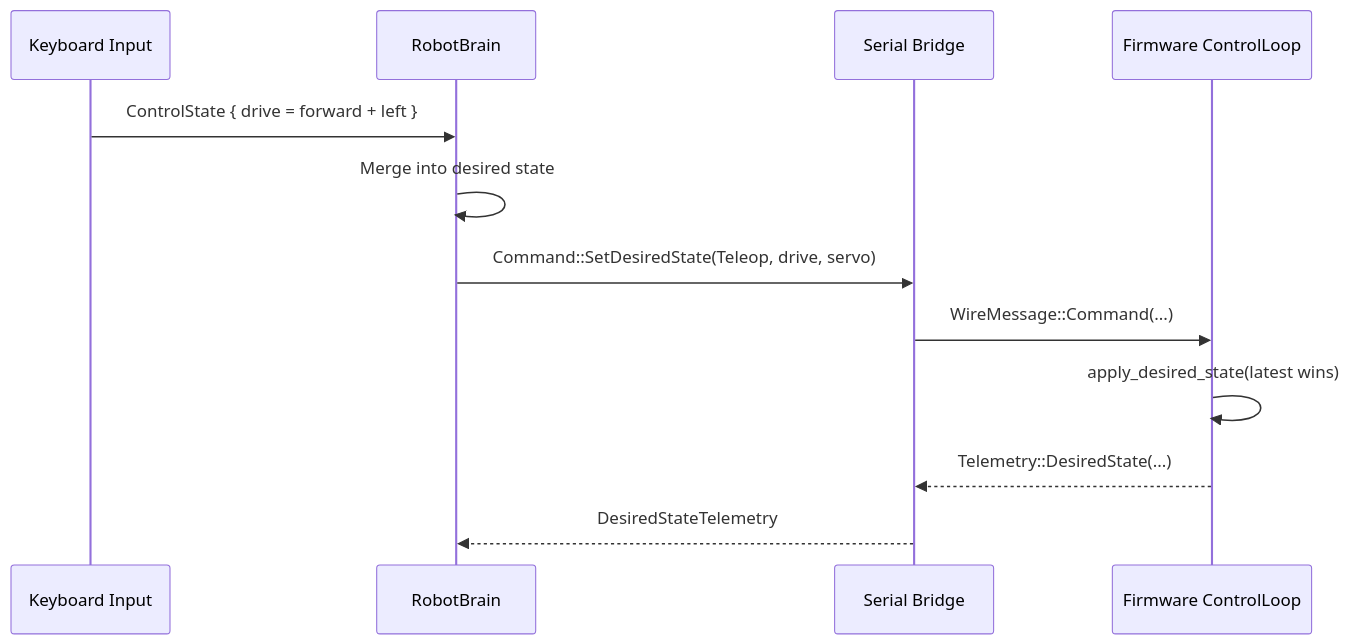
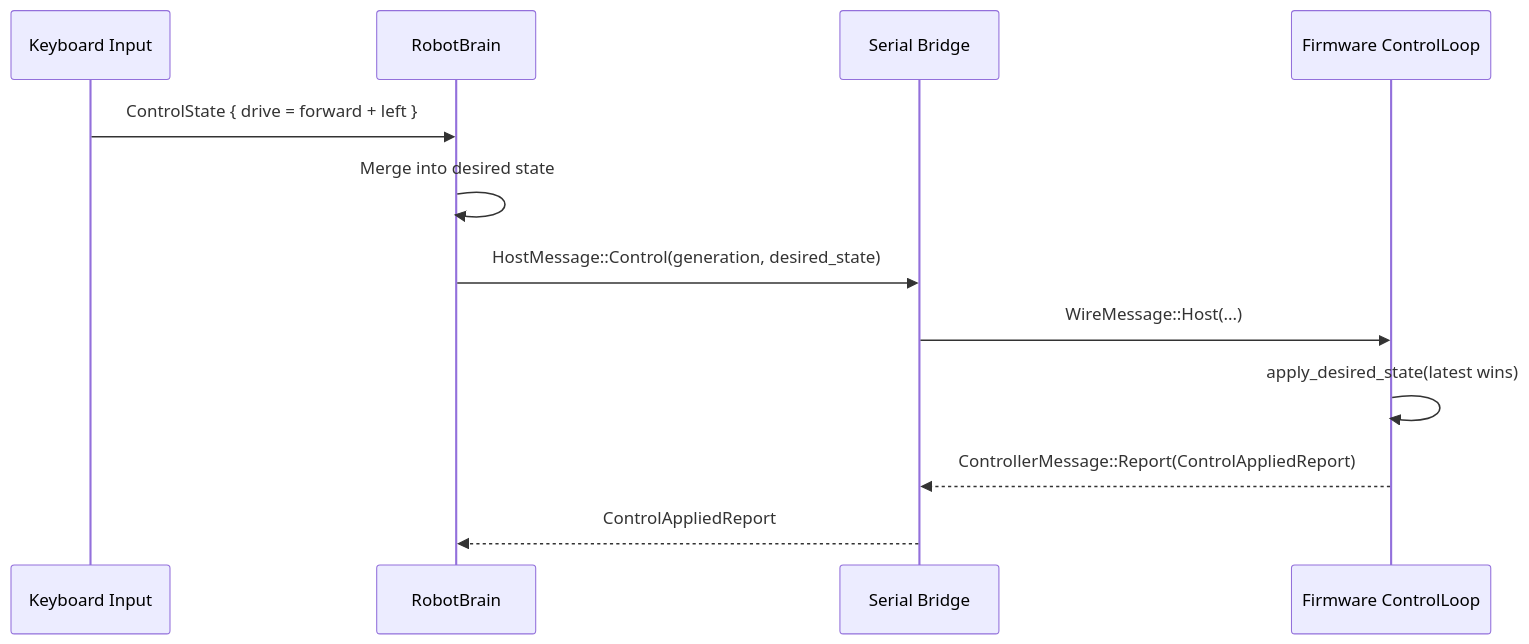
Before and after one commit to thiezn/morTimmy: the first of 2 diagrams in docs/src/architecture/protocol.md, drawn with Mermaid. The commit also changed other lines of this file and 56 other files, not shown here.

Commit message:
Starting with kicad schematics. Moving LCD to motion controller pico so audio is only present on the pico 2 w. We can just plug that in to the brain with USB and don't need to model anything on the PCB

````diff
--- a/docs/src/architecture/protocol.md
+++ b/docs/src/architecture/protocol.md
@@ -76,15 +84,15 @@
 ```mermaid
 sequenceDiagram
 	participant Input as Keyboard Input
 	participant Brain as RobotBrain
 	participant Bridge as Serial Bridge
 	participant FW as Firmware ControlLoop
 
 	Input->>Brain: ControlState { drive = forward + left }
 	Brain->>Brain: Merge into desired state
-	Brain->>Bridge: Command::SetDesiredState(Teleop, drive, servo)
-	Bridge->>FW: WireMessage::Command(...)
+	Brain->>Bridge: HostMessage::Control(generation, desired_state)
+	Bridge->>FW: WireMessage::Host(...)
 	FW->>FW: apply_desired_state(latest wins)
-	FW-->>Bridge: Telemetry::DesiredState(...)
-	Bridge-->>Brain: DesiredStateTelemetry
+	FW-->>Bridge: ControllerMessage::Report(ControlAppliedReport)
+	Bridge-->>Brain: ControlAppliedReport
 ```
````
